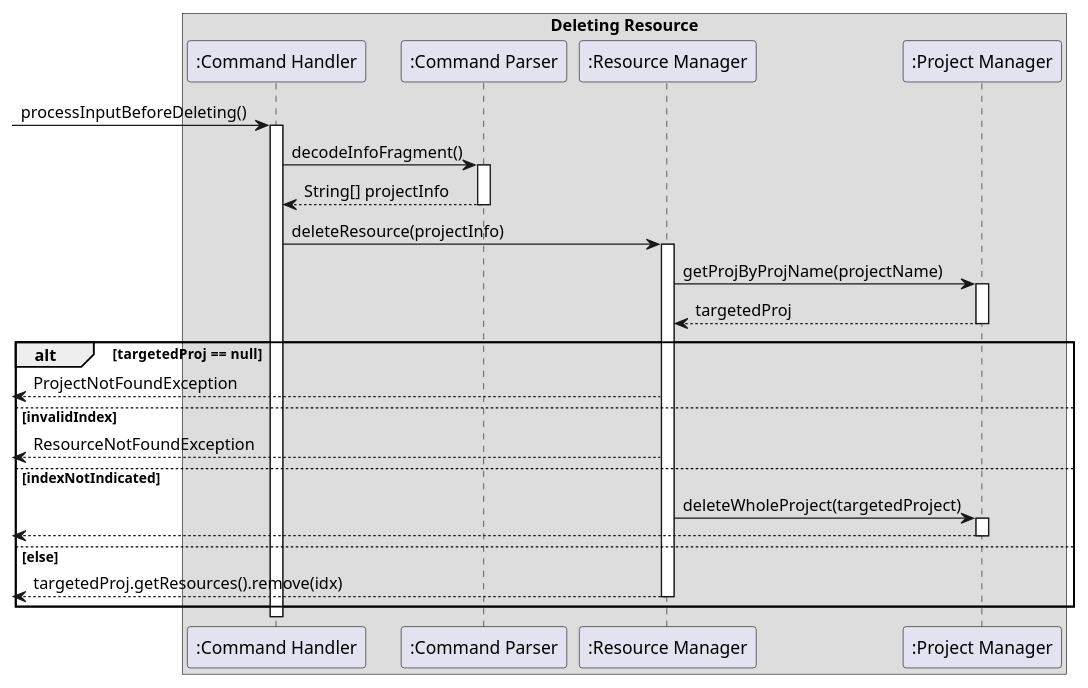
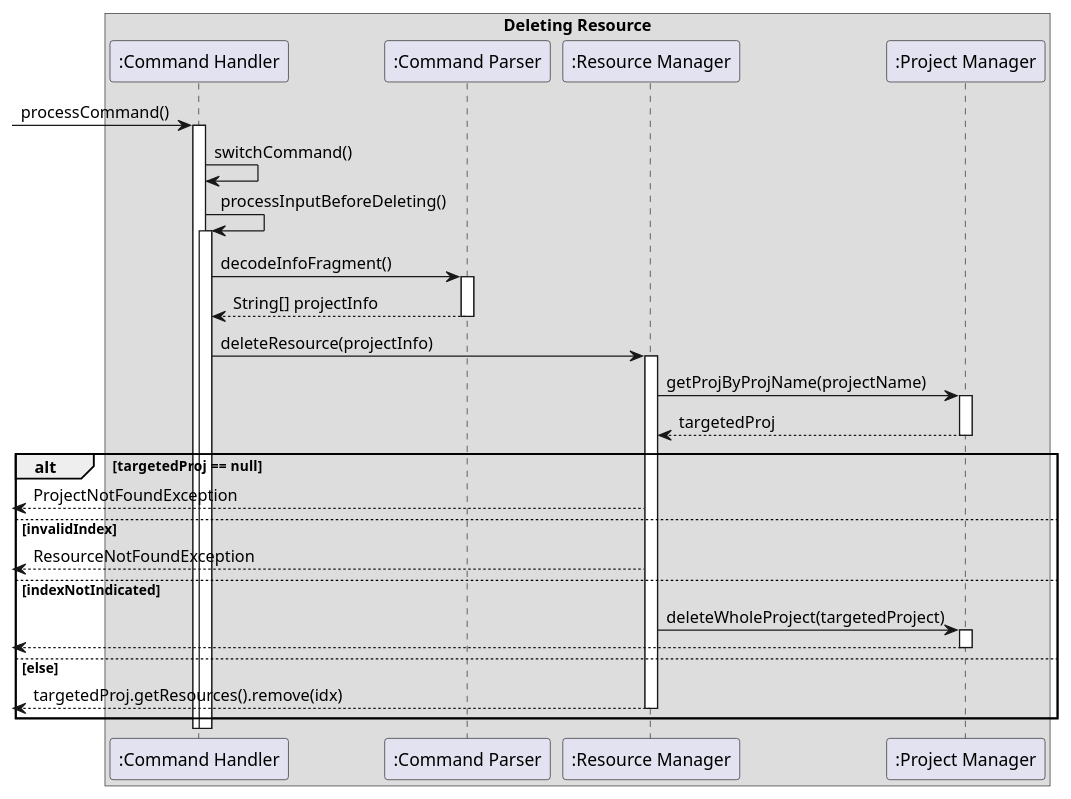
One commit to s-t-e-f/tp changed the diagram in docs/PlantUML/deleteResource.puml. Above: the diagram before and after it, drawn with PlantUML. The commit also changed 3 other files, not shown here.

Commit message:
Edited sequence diagrams.

```diff
--- a/docs/PlantUML/deleteResource.puml
+++ b/docs/PlantUML/deleteResource.puml
@@ -1,43 +1,45 @@
 @startuml
 'https://plantuml.com/sequence-diagram
 
 box Deleting Resource
 participant ":Command Handler" as CommandHandler
 participant ":Command Parser" as CommandParser
 participant ":Resource Manager" as ResourceManager
 participant ":Project Manager" as ProjectManager
 
-
-[-> CommandHandler : processInputBeforeDeleting()
+[-> CommandHandler : processCommand()
+activate CommandHandler
+CommandHandler -> CommandHandler : switchCommand()
+CommandHandler -> CommandHandler : processInputBeforeDeleting()
 activate CommandHandler
 
 
 CommandHandler -> CommandParser: decodeInfoFragment()
 activate CommandParser
 CommandHandler <-- CommandParser : String[] projectInfo
 deactivate CommandParser
 
 CommandHandler -> ResourceManager : deleteResource(projectInfo)
 activate ResourceManager
 ResourceManager -> ProjectManager : getProjByProjName(projectName)
 activate ProjectManager
 ResourceManager <-- ProjectManager : targetedProj
 deactivate ProjectManager
 
 alt targetedProj ==  null
     [<-- ResourceManager : ProjectNotFoundException
 else invalidIndex
     [<-- ResourceManager : ResourceNotFoundException
 else indexNotIndicated
     ResourceManager -> ProjectManager: deleteWholeProject(targetedProject)
     activate ProjectManager
     [<-- ProjectManager :
     deactivate ProjectManager
 
 else else
     [<-- ResourceManager : targetedProj.getResources().remove(idx)
     deactivate
 end
 
 
 @enduml
```
